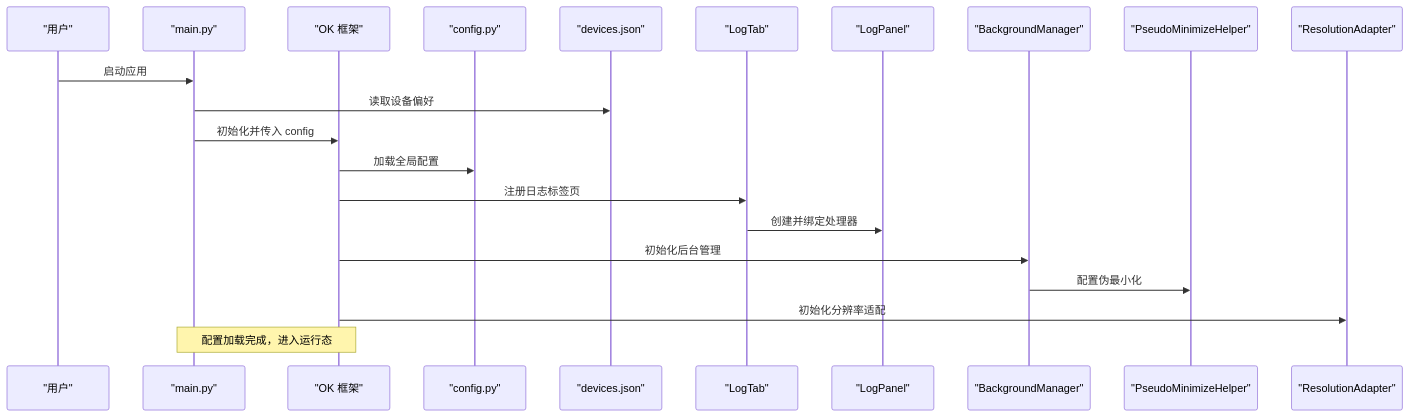
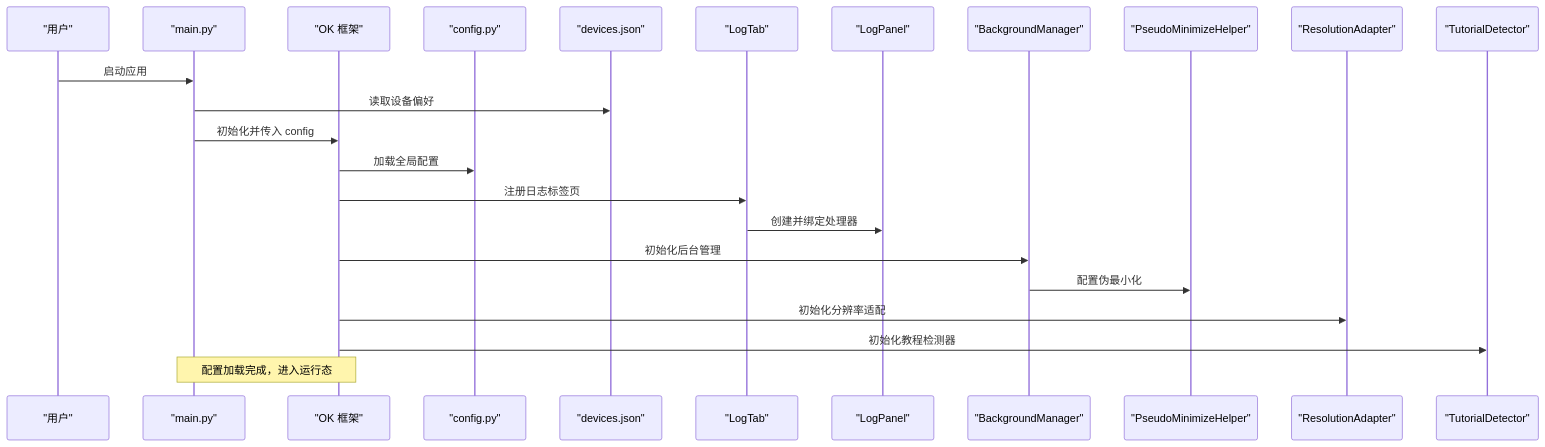
One commit to xsy098-max/ok-jump changed the second of 12 diagrams in .qoder/repowiki/zh/content/配置系统/界面配置.md. Above: the diagram before and after it, drawn with Mermaid. The commit also changed other lines of this file and 13 other files, not shown here.

````diff
--- a/.qoder/repowiki/zh/content/配置系统/界面配置.md
+++ b/.qoder/repowiki/zh/content/配置系统/界面配置.md
@@ -127,23 +154,25 @@
 ```mermaid
 sequenceDiagram
 participant User as "用户"
 participant Main as "main.py"
 participant OK as "OK 框架"
 participant Cfg as "config.py"
 participant DevCfg as "devices.json"
 participant LogTab as "LogTab"
 participant LogPanel as "LogPanel"
 participant BG as "BackgroundManager"
 participant Pseudo as "PseudoMinimizeHelper"
 participant Res as "ResolutionAdapter"
+participant Tutorial as "TutorialDetector"
 User->>Main : 启动应用
 Main->>DevCfg : 读取设备偏好
 Main->>OK : 初始化并传入 config
 OK->>Cfg : 加载全局配置
 OK->>LogTab : 注册日志标签页
 LogTab->>LogPanel : 创建并绑定处理器
 OK->>BG : 初始化后台管理
 BG->>Pseudo : 配置伪最小化
 OK->>Res : 初始化分辨率适配
+OK->>Tutorial : 初始化教程检测器
 Note over Main,OK : 配置加载完成，进入运行态
 ```
````
